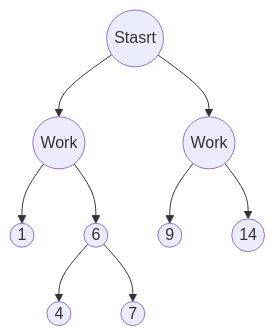
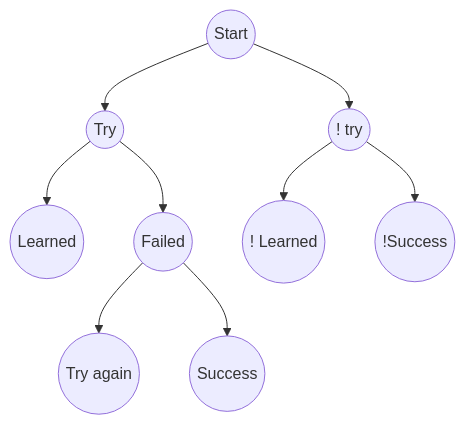
Before and after one commit to srinu2003/srinu2003: the diagram in README.md, drawn with Mermaid. The commit also changed other lines of this file, not shown here.

````diff
--- a/README.md
+++ b/README.md
@@ -13,12 +13,12 @@
 ```mermaid
 
 graph TB;
-    A((Stasrt))-->B((Work))
-    A-->C((Work))
-    B-->D((1))
-    B-->E((6))
-    C-->F((9))
-    C-->G((14))
-    E-->H((4))
-    E-->I((7))
+    A((Start))-->B((Try))
+    A-->C((! try))
+    B-->D((Learned))
+    B-->E((Failed))
+    C-->F((! Learned))
+    C-->G((!Success))
+    E-->H((Try again))
+    E-->I((Success))
 ```
````
